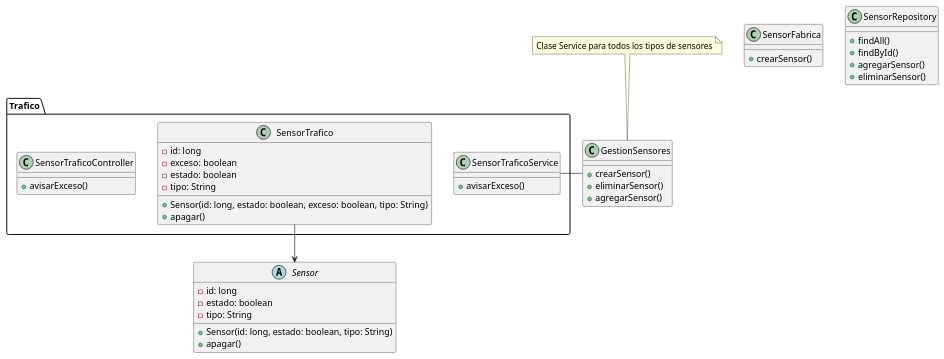
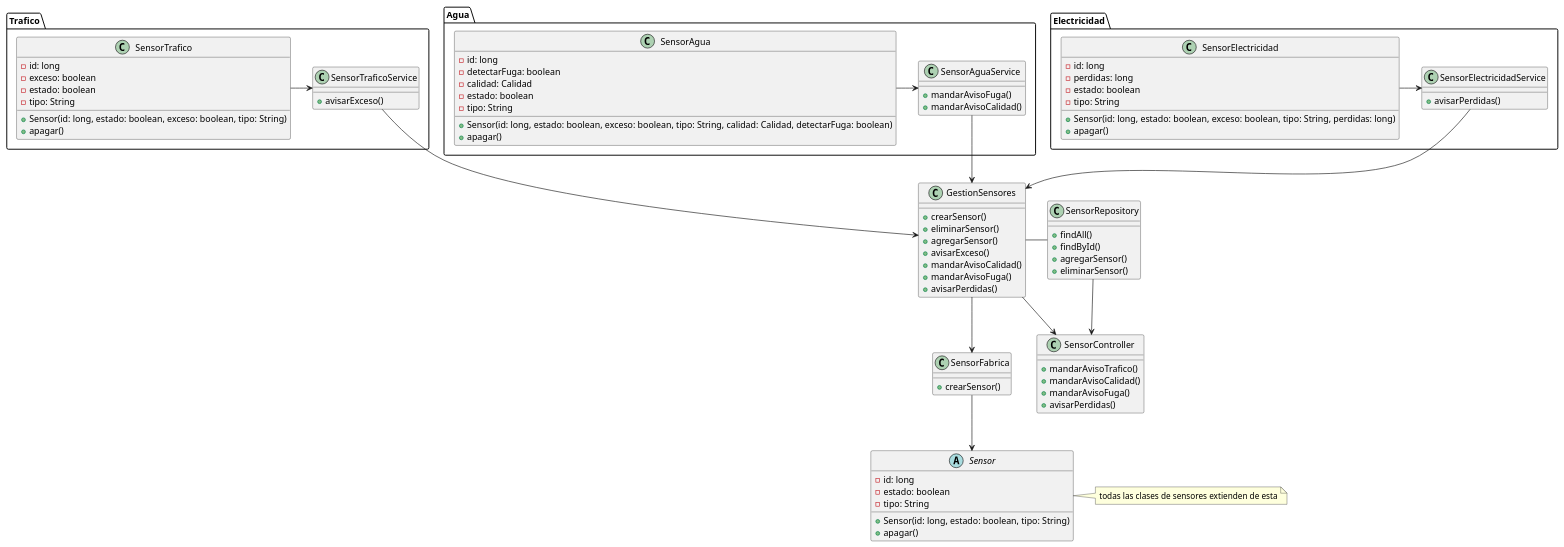
The diagram in uml/SensorTrafico.puml (Grupo-Wakanda/GestionSensores), drawn with PlantUML before and after one commit.

Commit message:
sensores agua + electricidad

```diff
--- a/uml/SensorTrafico.puml
+++ b/uml/SensorTrafico.puml
@@ -1,45 +1,98 @@
 @startuml
 'https://plantuml.com/class-diagram
 
 package Trafico{
     class SensorTrafico{
         -id: long
         -exceso: boolean
         -estado: boolean
         -tipo: String
         +Sensor(id: long, estado: boolean, exceso: boolean, tipo: String)
         +apagar()
     }
     class SensorTraficoService{
         +avisarExceso()
     }
-    class SensorTraficoController{
-        +avisarExceso()
-    }
 }
 class GestionSensores{
     +crearSensor()
     +eliminarSensor()
     +agregarSensor()
+    +avisarExceso()
+    +mandarAvisoCalidad()
+    +mandarAvisoFuga()
+    +avisarPerdidas()
 }
 class SensorFabrica{
     +crearSensor()
 }
 abstract class Sensor{
     -id: long
     -estado: boolean
     -tipo: String
     +Sensor(id: long, estado: boolean, tipo: String)
     +apagar()
 }
 class SensorRepository{
     +findAll()
     +findById()
     +agregarSensor()
     +eliminarSensor()
 }
-note top of GestionSensores: Clase Service para todos los tipos de sensores
-SensorTrafico --> Sensor
-SensorTraficoService - GestionSensores
+class SensorController{
+    +mandarAvisoTrafico()
+    +mandarAvisoCalidad()
+    +mandarAvisoFuga()
+    +avisarPerdidas()
+}
+package Agua{
+    class SensorAgua{
+        -id: long
+        -detectarFuga: boolean
+        -calidad: Calidad
+        -estado: boolean
+        -tipo: String
+        +Sensor(id: long, estado: boolean, exceso: boolean, tipo: String, calidad: Calidad, detectarFuga: boolean)
+        +apagar()
+    }
+    class SensorAguaService{
+        +mandarAvisoFuga()
+        +mandarAvisoCalidad()
+    }
+}
+package Electricidad{
+    class SensorElectricidad{
+        -id: long
+        -perdidas: long
+        -estado: boolean
+        -tipo: String
+        +Sensor(id: long, estado: boolean, exceso: boolean, tipo: String, perdidas: long)
+        +apagar()
+    }
+    class SensorElectricidadService{
+        +avisarPerdidas()
+    }
+}
+
+
+
+SensorTrafico -> SensorTraficoService
+SensorAgua -> SensorAguaService
+SensorElectricidad -> SensorElectricidadService
+
+SensorTraficoService --> GestionSensores
+SensorAguaService --> GestionSensores
+SensorElectricidadService --> GestionSensores
+
+
+note right of Sensor
+    todas las clases de sensores extienden de esta
+end note
+GestionSensores --> SensorController
+GestionSensores --> SensorFabrica
+SensorFabrica --> Sensor
+GestionSensores - SensorRepository
+SensorRepository -> SensorController
+
 
 @enduml
```
